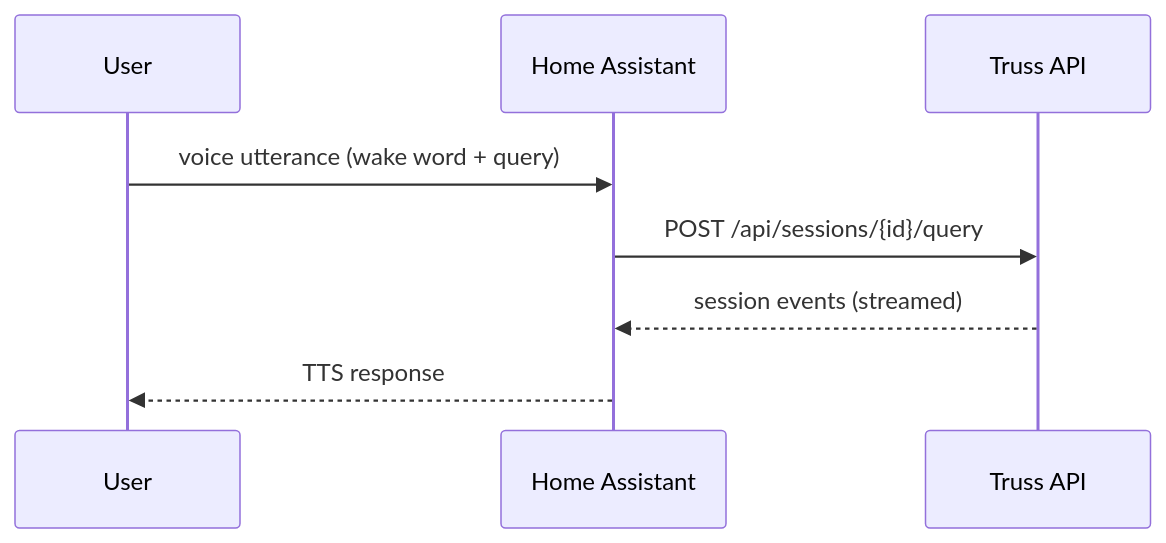
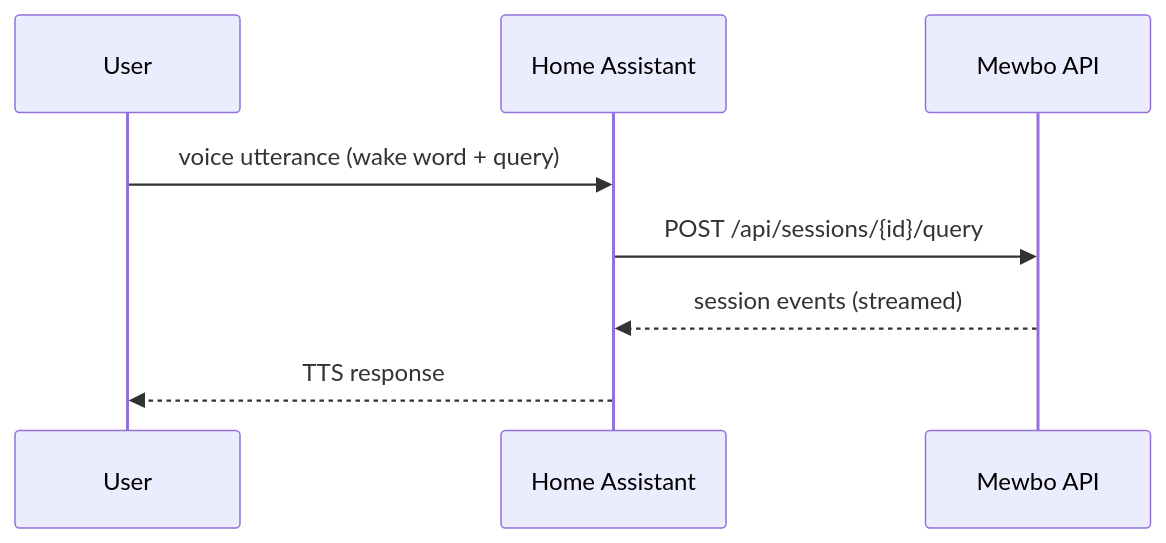
One commit to bearlike/Assistant changed the diagram in main/clients-home-assistant.md. Above: the diagram before and after it, drawn with Mermaid. The commit also changed other lines of this file and 165 other files, not shown here.

````diff
--- a/main/clients-home-assistant.md
+++ b/main/clients-home-assistant.md
@@ -16,11 +16,11 @@
 ```mermaid
 sequenceDiagram
     participant User
     participant HA as Home Assistant
-    participant API as Truss API
+    participant API as Mewbo API
 
     User->>HA: voice utterance (wake word + query)
     HA->>API: POST /api/sessions/{id}/query
     API-->>HA: session events (streamed)
     HA-->>User: TTS response
 ```
````
